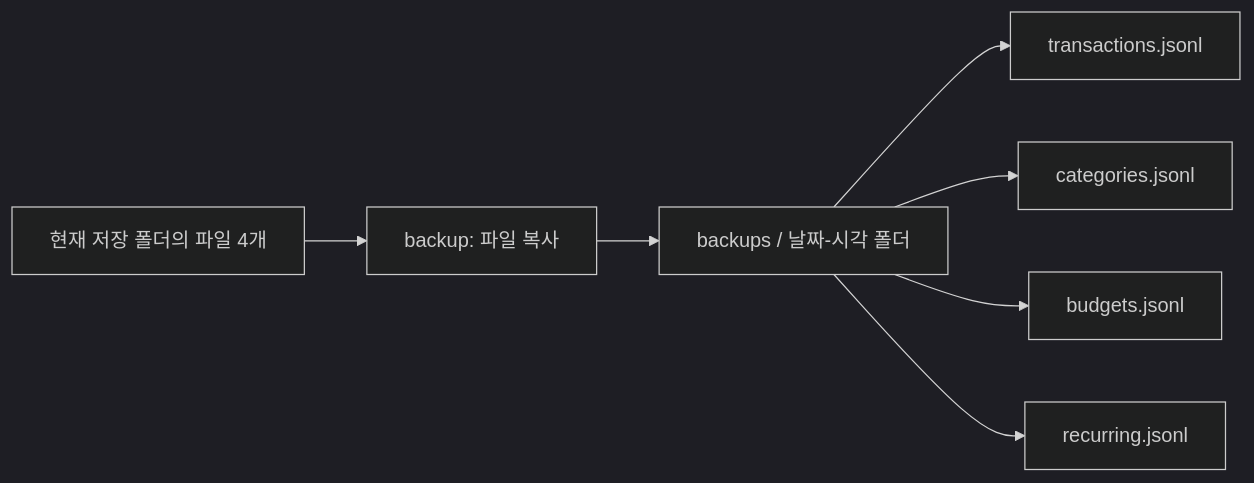
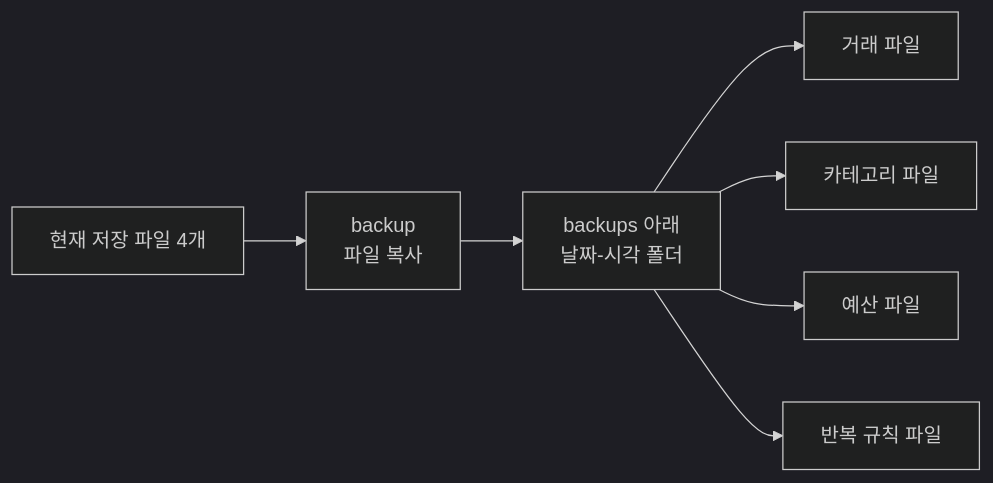
One commit to Cerhovah/Codyssey_Mission_B2-1 changed the seventh of 9 diagrams in README.md. Above: the diagram before and after it, drawn with Mermaid (dark theme). The commit also changed other lines of this file, not shown here.

First line of the commit message:
docs: 구조도 문구와 줄바꿈을 읽기 쉽게 정리

````diff
--- a/README.md
+++ b/README.md
@@ -384,9 +384,9 @@
 ```mermaid
 flowchart LR
-    Source["현재 저장 폴더의 파일 4개"] --> Copy["backup: 파일 복사"]
-    Copy --> Folder["backups / 날짜-시각 폴더"]
-    Folder --> Tx["transactions.jsonl"]
-    Folder --> Category["categories.jsonl"]
-    Folder --> Budget["budgets.jsonl"]
-    Folder --> Recurring["recurring.jsonl"]
+    Source["현재 저장 파일 4개"] --> Copy["backup<br/>파일 복사"]
+    Copy --> Folder["backups 아래<br/>날짜-시각 폴더"]
+    Folder --> Tx["거래 파일"]
+    Folder --> Category["카테고리 파일"]
+    Folder --> Budget["예산 파일"]
+    Folder --> Recurring["반복 규칙 파일"]
 ```
````
